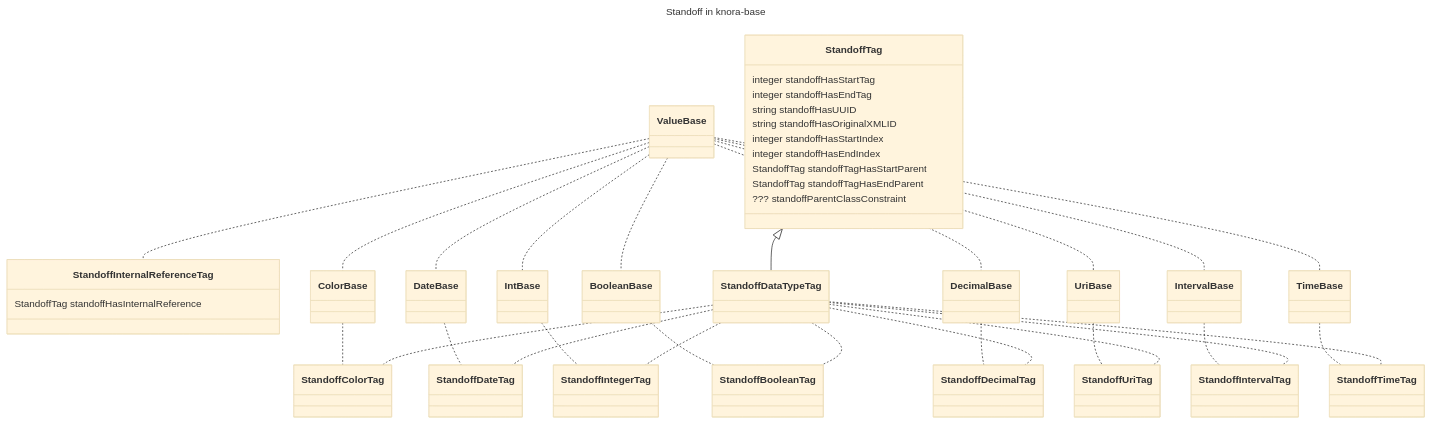
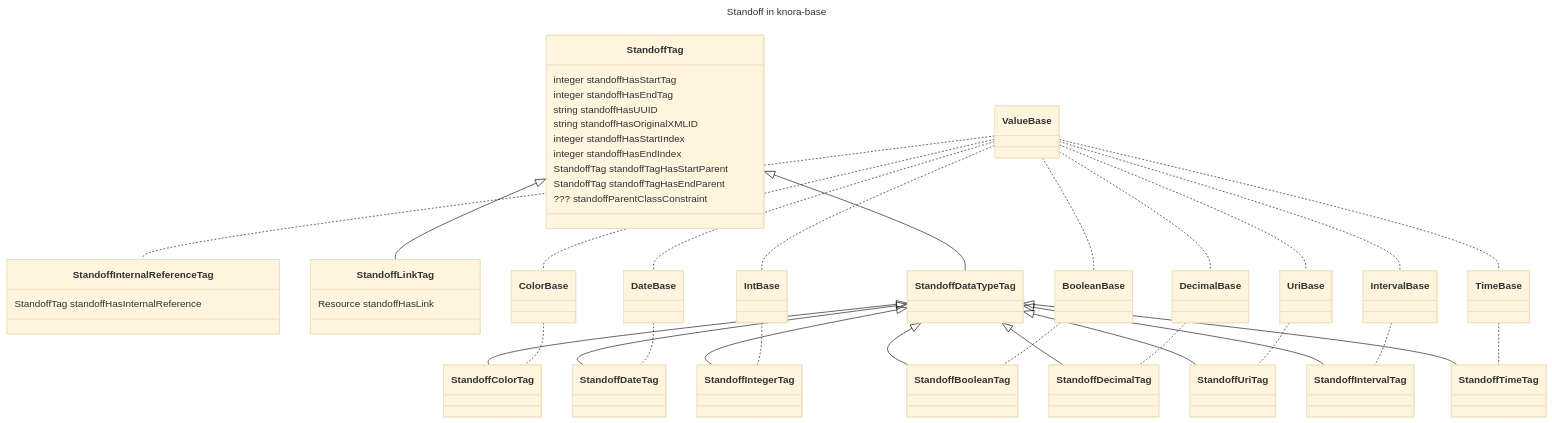
One commit to dasch-swiss/dsp-api changed the tenth of 10 diagrams in docs/05-internals/design/domain/domain-model.md. Above: the diagram before and after it, drawn with Mermaid (base theme).

````diff
--- a/docs/05-internals/design/domain/domain-model.md
+++ b/docs/05-internals/design/domain/domain-model.md
@@ -495,49 +495,53 @@
 ```mermaid
 ---
 title: Standoff in knora-base
 ---
 classDiagram
   %% Classes
   class StandoffTag {
     integer standoffHasStartTag
     integer standoffHasEndTag
     string standoffHasUUID
     string standoffHasOriginalXMLID
     integer standoffHasStartIndex
     integer standoffHasEndIndex
     StandoffTag standoffTagHasStartParent
     StandoffTag standoffTagHasEndParent
     ??? standoffParentClassConstraint
   }
   class StandoffInternalReferenceTag {
     StandoffTag standoffHasInternalReference
   }
+  class StandoffLinkTag {
+    Resource standoffHasLink
+  }
 
   %% Relationships
   StandoffTag <|-- StandoffDataTypeTag
+  StandoffTag <|-- StandoffLinkTag
+  StandoffDataTypeTag <|-- StandoffColorTag
+  StandoffDataTypeTag <|-- StandoffDateTag
+  StandoffDataTypeTag <|-- StandoffIntegerTag
+  StandoffDataTypeTag <|-- StandoffBooleanTag
+  StandoffDataTypeTag <|-- StandoffDecimalTag
+  StandoffDataTypeTag <|-- StandoffUriTag
+  StandoffDataTypeTag <|-- StandoffIntervalTag
+  StandoffDataTypeTag <|-- StandoffTimeTag
   ValueBase .. ColorBase
   ValueBase .. DateBase
   ValueBase .. IntBase
   ValueBase .. BooleanBase
   ValueBase .. DecimalBase
   ValueBase .. UriBase
   ValueBase .. IntervalBase
   ValueBase .. TimeBase
   ValueBase .. StandoffInternalReferenceTag
   ColorBase .. StandoffColorTag
-  StandoffDataTypeTag .. StandoffColorTag
   DateBase .. StandoffDateTag
-  StandoffDataTypeTag .. StandoffDateTag
   IntBase .. StandoffIntegerTag
-  StandoffDataTypeTag .. StandoffIntegerTag
   BooleanBase .. StandoffBooleanTag
-  StandoffDataTypeTag .. StandoffBooleanTag
   DecimalBase .. StandoffDecimalTag
-  StandoffDataTypeTag .. StandoffDecimalTag
   UriBase .. StandoffUriTag
-  StandoffDataTypeTag .. StandoffUriTag
   IntervalBase .. StandoffIntervalTag
-  StandoffDataTypeTag .. StandoffIntervalTag
   TimeBase .. StandoffTimeTag
-  StandoffDataTypeTag .. StandoffTimeTag
 ```
````
